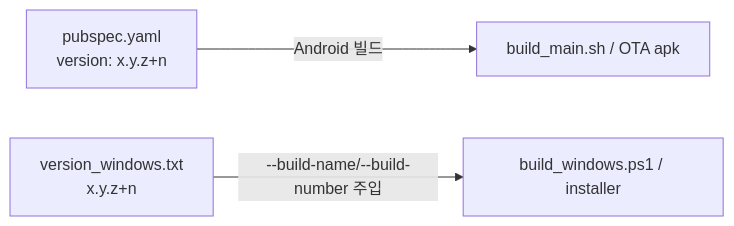
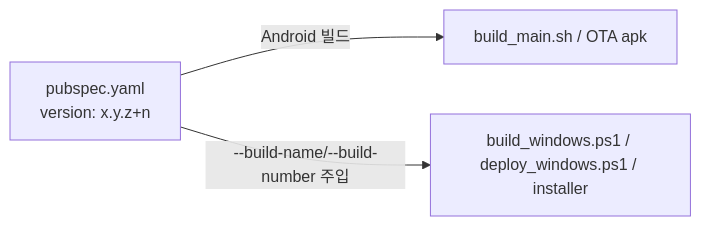
Before and after one commit to waldlustpos/appfit_order_agent: the second of 2 diagrams in docs/BUILD_VARIANTS.md, drawn with Mermaid. The commit also changed other lines of this file and 14 other files, not shown here.

First line of the commit message:
build(windows): 버전 정본을 version_windows.txt → pubspec.yaml 로 단일화

````diff
--- a/docs/BUILD_VARIANTS.md
+++ b/docs/BUILD_VARIANTS.md
@@ -52,7 +52,6 @@
 ```mermaid
 flowchart LR
     PUB["pubspec.yaml<br/>version: x.y.z+n"]
-    VWT["version_windows.txt<br/>x.y.z+n"]
     PUB -->|Android 빌드| AND["build_main.sh / OTA apk"]
-    VWT -->|--build-name/--build-number 주입| WIN["build_windows.ps1 / installer"]
+    PUB -->|--build-name/--build-number 주입| WIN["build_windows.ps1 / deploy_windows.ps1 / installer"]
 ```
````
